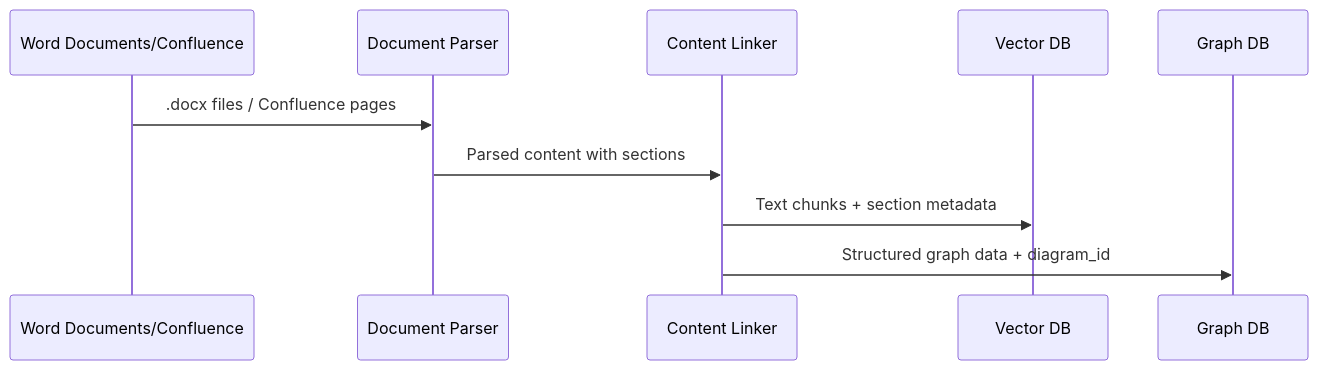
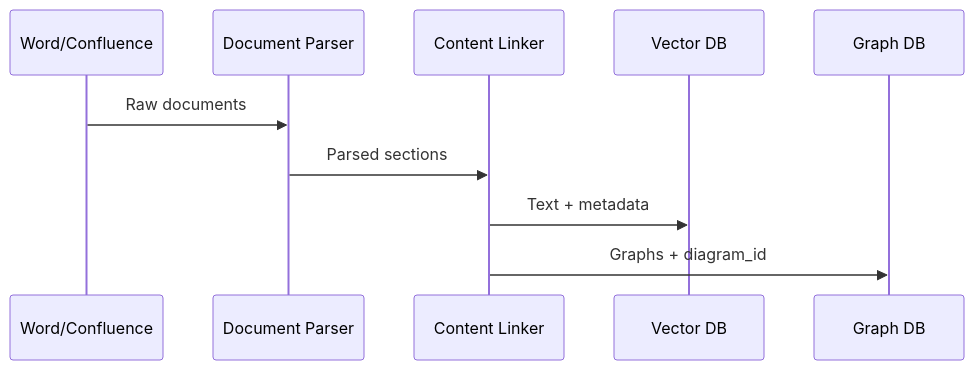
Before and after one commit to keo571/netbot-v2: the second of 5 diagrams in docs/architecture/simple-architecture.md, drawn with Mermaid. The commit also changed other lines of this file, not shown here.

First line of the commit message:
Save legacy stable code and architecture documentation

````diff
--- a/docs/architecture/simple-architecture.md
+++ b/docs/architecture/simple-architecture.md
@@ -54,13 +58,13 @@
 ```mermaid
 sequenceDiagram
-    participant DOC as Word Documents/Confluence
+    participant DOC as Word/Confluence
     participant PARSER as Document Parser
     participant LINKER as Content Linker
     participant VDB as Vector DB
     participant GDB as Graph DB
 
-    DOC->>PARSER: .docx files / Confluence pages
-    PARSER->>LINKER: Parsed content with sections
-    LINKER->>VDB: Text chunks + section metadata
-    LINKER->>GDB: Structured graph data + diagram_id
+    DOC->>PARSER: Raw documents
+    PARSER->>LINKER: Parsed sections
+    LINKER->>VDB: Text + metadata
+    LINKER->>GDB: Graphs + diagram_id
 ```
````
